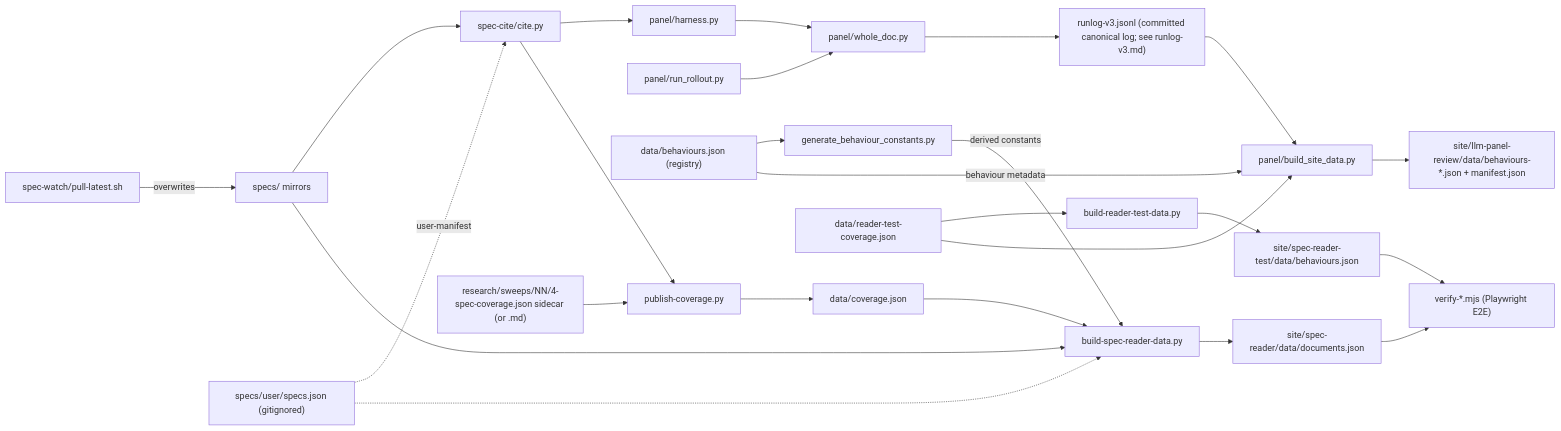
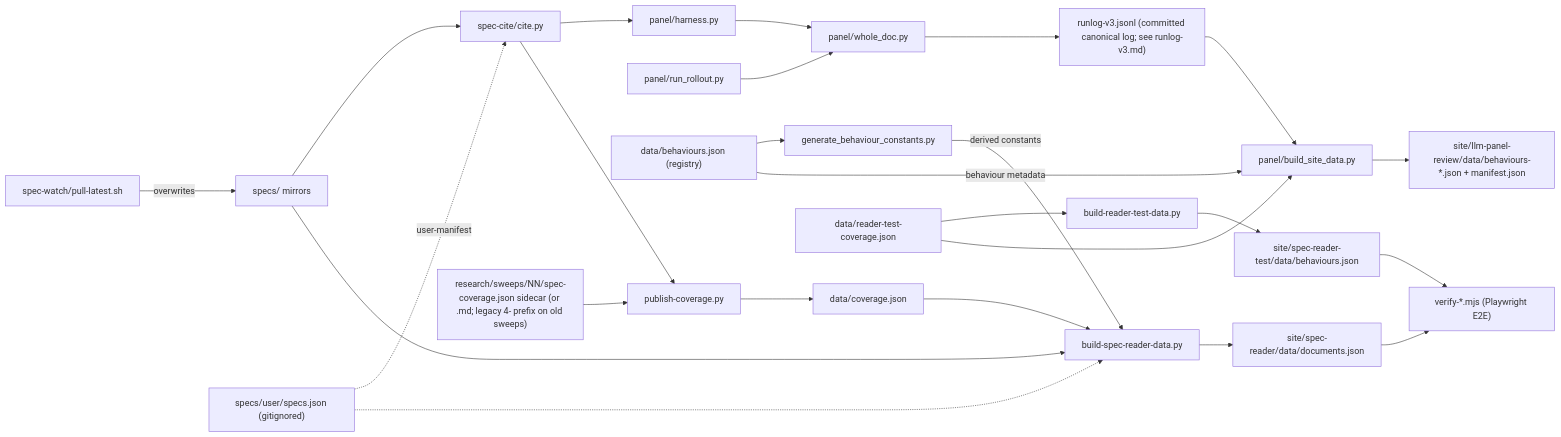
The diagram in engine/OVERVIEW.md (AndresCotton/ai-character-index), drawn with Mermaid before and after one commit. The commit also changed other lines of this file and 36 other files, not shown here.

````diff
--- a/engine/OVERVIEW.md
+++ b/engine/OVERVIEW.md
@@ -34,27 +34,27 @@
 ```mermaid
 graph LR
   watch["spec-watch/pull-latest.sh"] -->|overwrites| specs["specs/ mirrors"]
   specs --> cite["spec-cite/cite.py"]
   specs --> bsr["build-spec-reader-data.py"]
   um["specs/user/specs.json (gitignored)"] -.->|user-manifest| cite
   um -.-> bsr
   cite --> harness["panel/harness.py"]
   rollout["panel/run_rollout.py"] --> wholedoc["panel/whole_doc.py"]
   harness --> wholedoc
   wholedoc --> runlog["runlog-v3.jsonl (committed canonical log; see runlog-v3.md)"]
   runlog --> bsd["panel/build_site_data.py"]
   reg["data/behaviours.json (registry)"] --> gbc["generate_behaviour_constants.py"]
   gbc -->|derived constants| bsr
   reg -->|behaviour metadata| bsd
   bsd --> panelpayload["site/llm-panel-review/data/behaviours-*.json + manifest.json"]
-  sweep4["research/sweeps/NN/4-spec-coverage.json sidecar (or .md)"] --> publish["publish-coverage.py"]
+  sweep4["research/sweeps/NN/spec-coverage.json sidecar (or .md; legacy 4- prefix on old sweeps)"] --> publish["publish-coverage.py"]
   cite --> publish
   publish --> coverage["data/coverage.json"]
   coverage --> bsr
   bsr --> docpayload["site/spec-reader/data/documents.json"]
   rtc["data/reader-test-coverage.json"] --> brt["build-reader-test-data.py"]
   brt --> benchpayload["site/spec-reader-test/data/behaviours.json"]
   rtc --> bsd
   docpayload --> verify["verify-*.mjs (Playwright E2E)"]
   benchpayload --> verify
 ```
````
